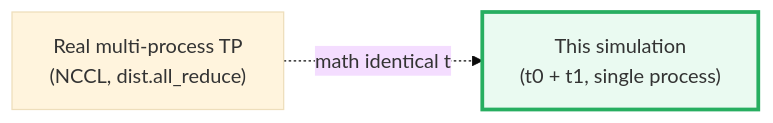
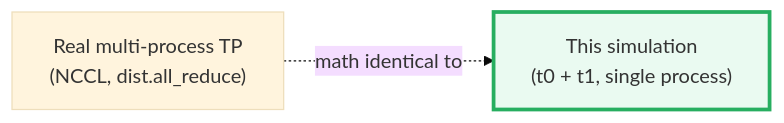
Before and after one commit to quanhua92/tutorials: the sixth of 7 diagrams in llm/TENSOR_PARALLEL.md, drawn with Mermaid (base theme). The commit also changed 74 other files, not shown here.

First line of the commit message:
fix(mermaid): fix all 11 mmdc-verified broken diagrams across 72 files

````diff
--- a/llm/TENSOR_PARALLEL.md
+++ b/llm/TENSOR_PARALLEL.md
@@ -451,5 +451,5 @@
 ```mermaid
 graph LR
-    REAL["Real multi-process TP<br/>(NCCL, dist.all_reduce)"] -.math identical to.-> SIM["This simulation<br/>(t0 + t1, single process)"]
+    REAL["Real multi-process TP<br/>(NCCL, dist.all_reduce)"] -.->|math identical to| SIM["This simulation<br/>(t0 + t1, single process)"]
     style SIM fill:#eafaf1,stroke:#27ae60,stroke-width:3px
 ```
````
